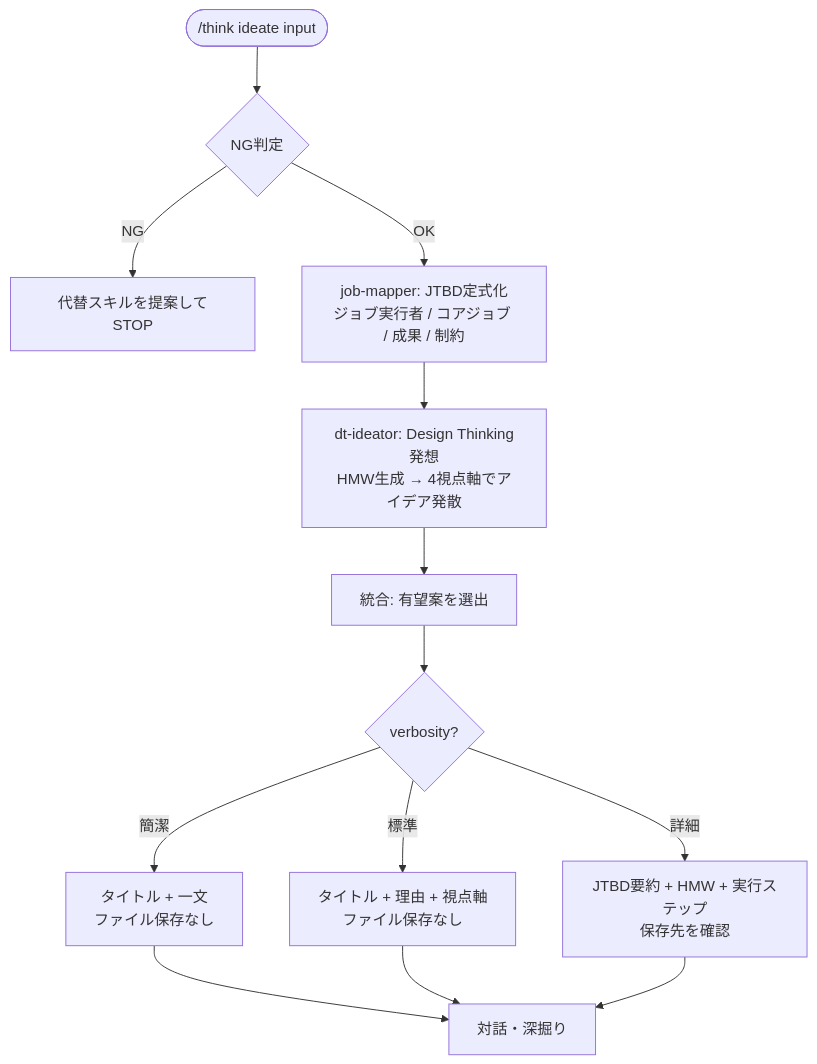
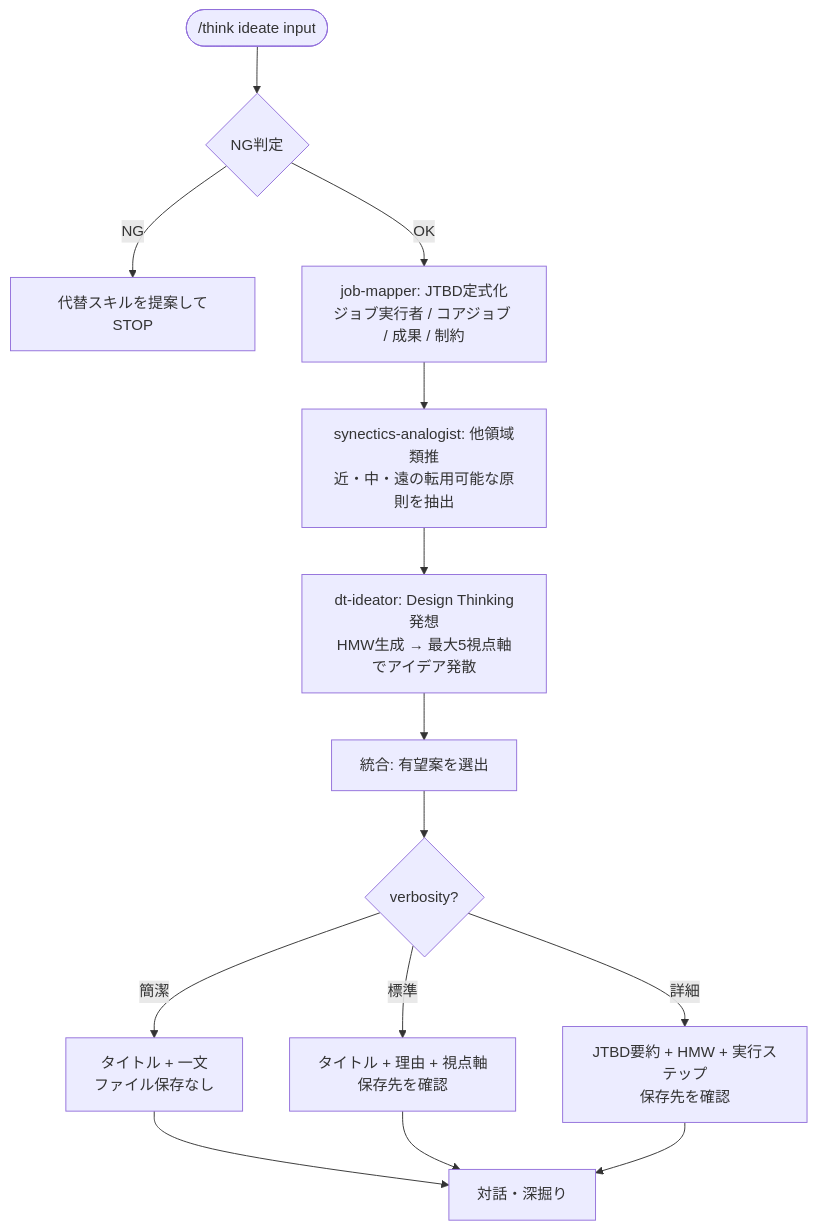
Before and after one commit to agaemo/dotfiles: the diagram in claude/skills/think/ideate/README.md, drawn with Mermaid. The commit also changed other lines of this file, not shown here.

````diff
--- a/claude/skills/think/ideate/README.md
+++ b/claude/skills/think/ideate/README.md
@@ -58,13 +60,14 @@
 ```mermaid
 flowchart TD
     Start([/think ideate input]) --> NG{NG判定}
     NG -- NG --> Stop[代替スキルを提案してSTOP]
     NG -- OK --> F1[job-mapper: JTBD定式化\nジョブ実行者 / コアジョブ / 成果 / 制約]
-    F1 --> F2[dt-ideator: Design Thinking発想\nHMW生成 → 4視点軸でアイデア発散]
-    F2 --> Synth[統合: 有望案を選出]
+    F1 --> F2[synectics-analogist: 他領域類推\n近・中・遠の転用可能な原則を抽出]
+    F2 --> F3[dt-ideator: Design Thinking発想\nHMW生成 → 最大5視点軸でアイデア発散]
+    F3 --> Synth[統合: 有望案を選出]
     Synth --> Out{verbosity?}
     Out -- 簡潔 --> Brief[タイトル + 一文\nファイル保存なし]
-    Out -- 標準 --> Normal[タイトル + 理由 + 視点軸\nファイル保存なし]
+    Out -- 標準 --> Normal[タイトル + 理由 + 視点軸\n保存先を確認]
     Out -- 詳細 --> Detail[JTBD要約 + HMW + 実行ステップ\n保存先を確認]
     Brief & Normal & Detail --> Dialog[対話・深掘り]
 ```
````
